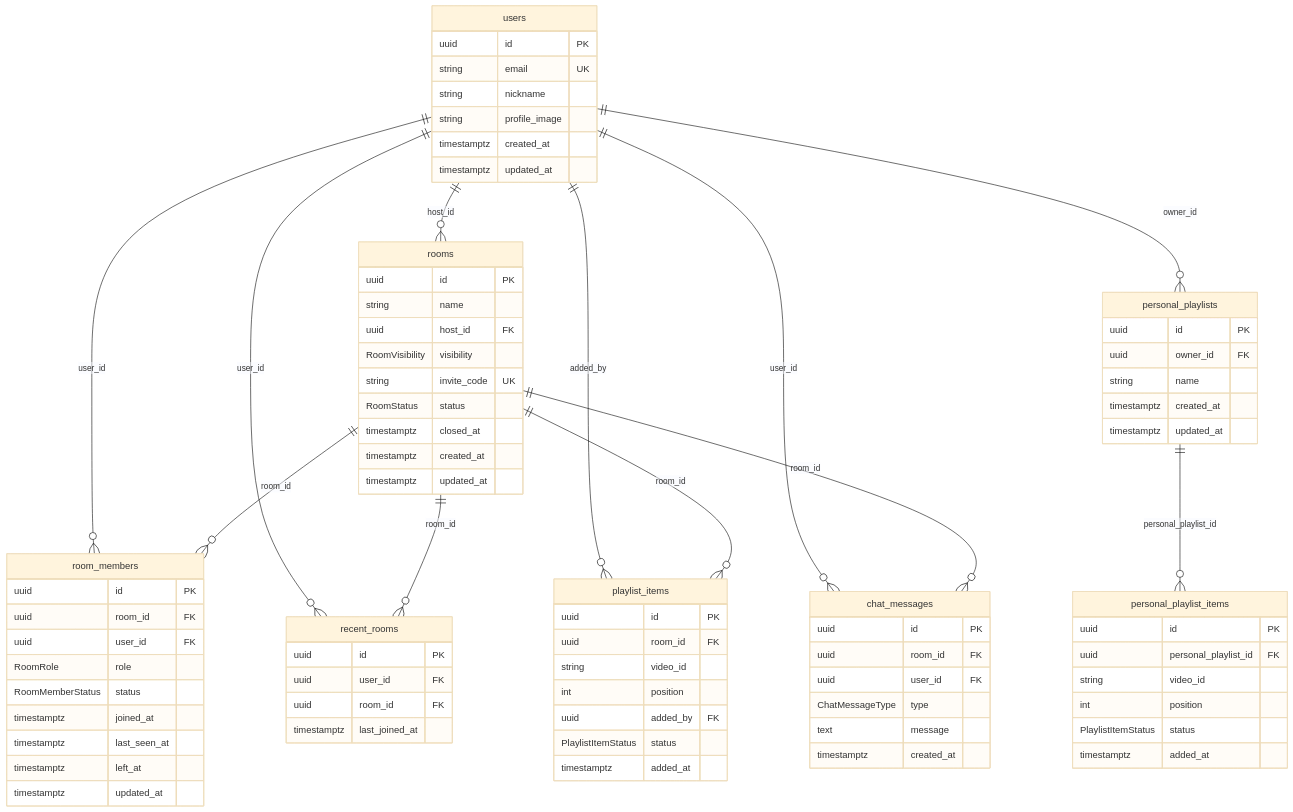
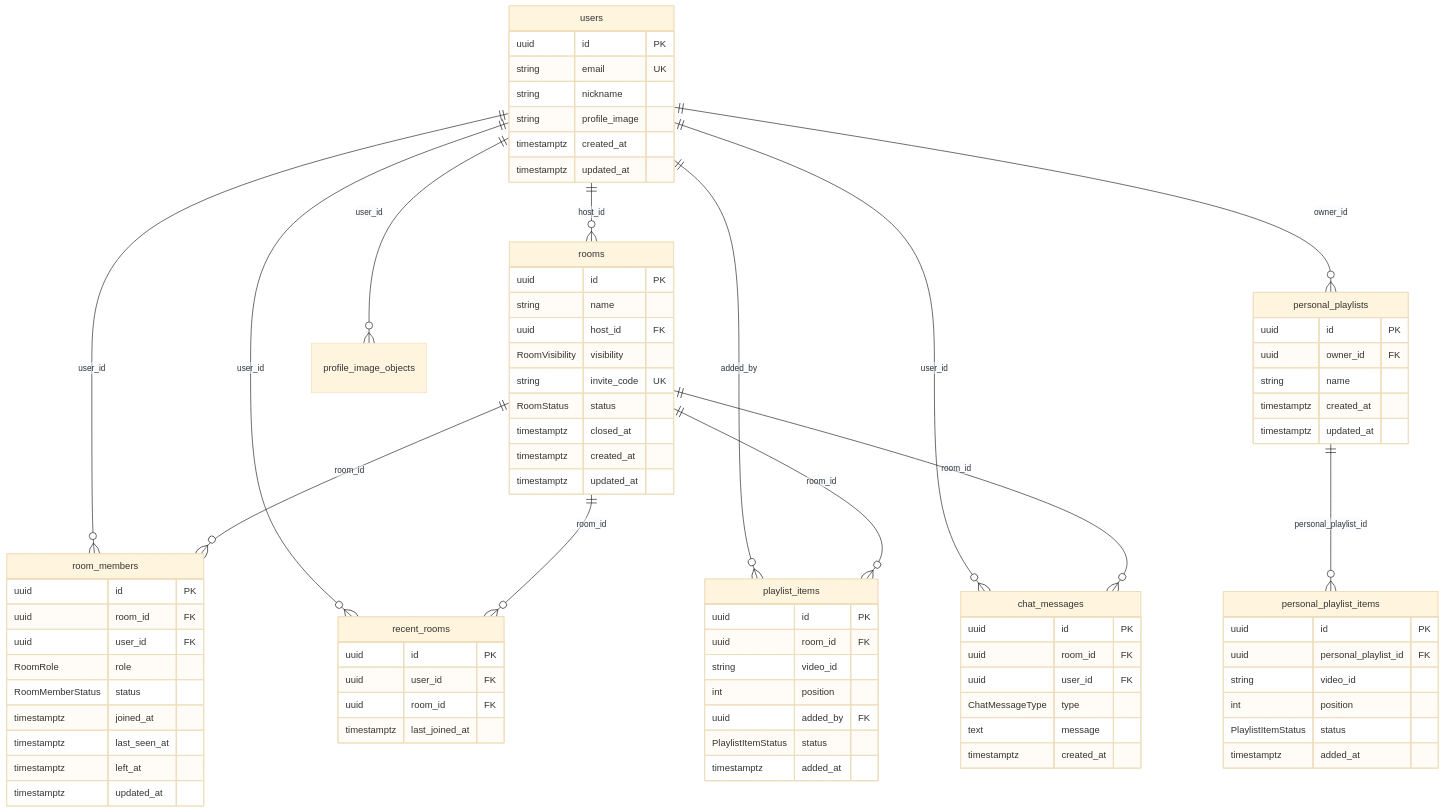
One commit to TechUP-SYFITY/SYFITY changed the diagram in docs/04-database-design.md. Above: the diagram before and after it, drawn with Mermaid (base theme). The commit also changed other lines of this file and 16 other files, not shown here.

Commit message:
fix: track profile image cleanup

```diff
--- a/docs/04-database-design.md
+++ b/docs/04-database-design.md
@@ -109,6 +109,7 @@
     users ||--o{ playlist_items : added_by
     users ||--o{ chat_messages : user_id
     users ||--o{ personal_playlists : owner_id
+    users ||--o{ profile_image_objects : user_id
     rooms ||--o{ room_members : room_id
     rooms ||--o{ recent_rooms : room_id
     rooms ||--o{ playlist_items : room_id
```
